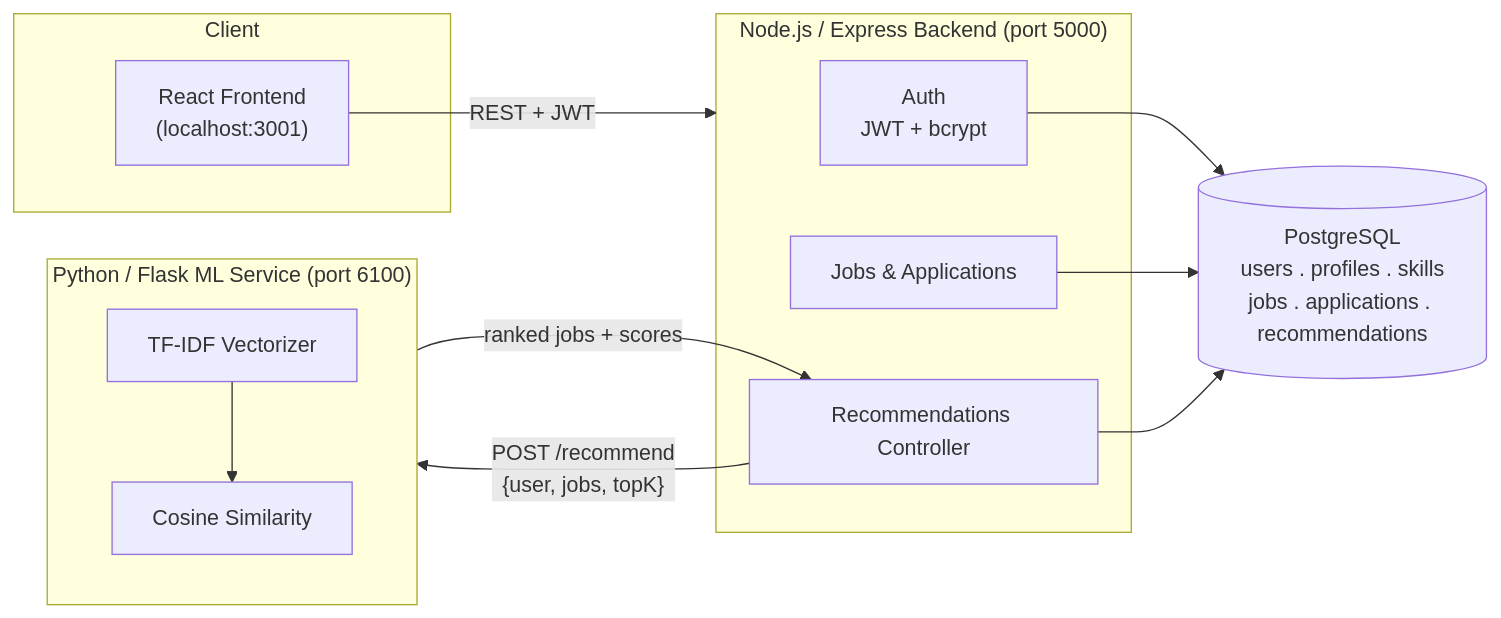
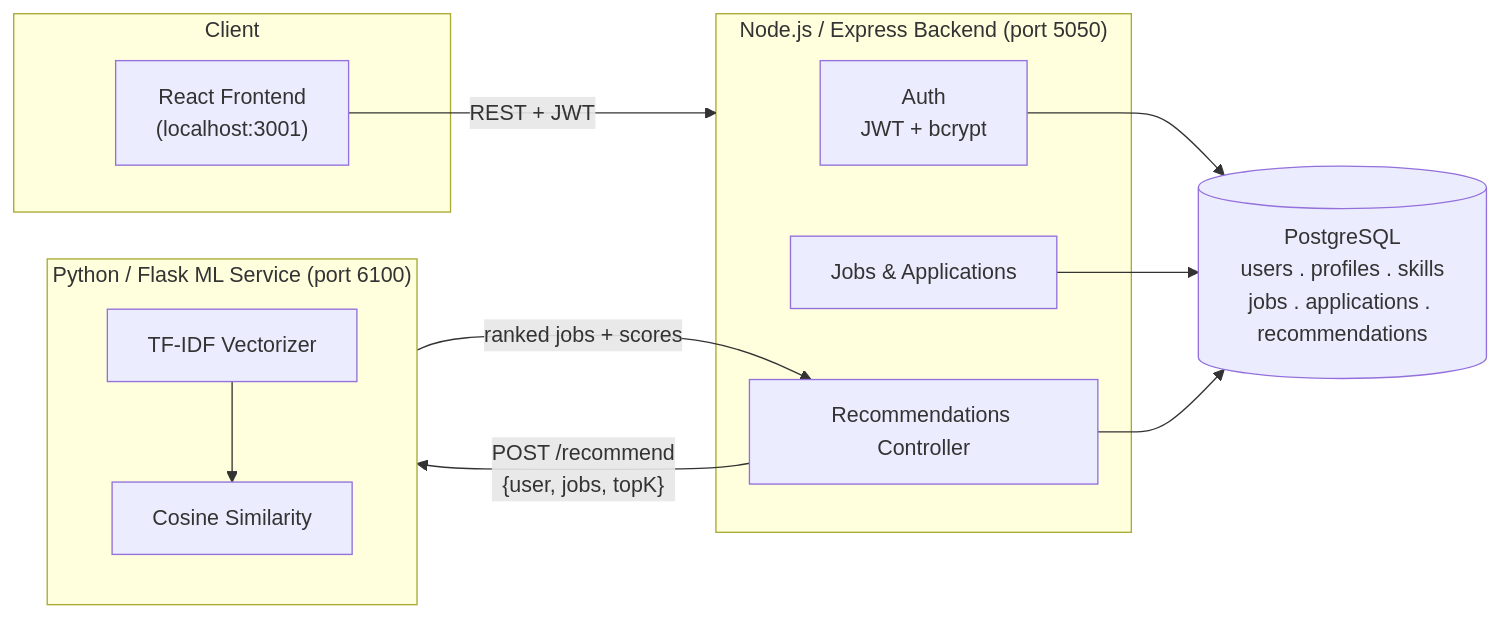
Before and after one commit to Kumar9113/Job_Recommendation-Platform: the diagram in README.md, drawn with Mermaid. The commit also changed other lines of this file, not shown here.

````diff
--- a/README.md
+++ b/README.md
@@ -53,31 +59,31 @@
 ```mermaid
 flowchart LR
 
     subgraph Client
         FE["React Frontend\n(localhost:3001)"]
     end
 
-    subgraph API["Node.js / Express Backend (port 5000)"]
+    subgraph API["Node.js / Express Backend (port 5050)"]
         AUTH["Auth\nJWT + bcrypt"]
         JOBS["Jobs & Applications"]
         REC["Recommendations Controller"]
     end
 
     subgraph ML["Python / Flask ML Service (port 6100)"]
         TFIDF["TF-IDF Vectorizer"]
         COS["Cosine Similarity"]
     end
 
     DB[("PostgreSQL\nusers . profiles . skills\njobs . applications . recommendations")]
 
     FE -- "REST + JWT" --> API
 
     AUTH --> DB
     JOBS --> DB
     REC --> DB
 
     REC -- "POST /recommend\n{user, jobs, topK}" --> ML
     ML -- "ranked jobs + scores" --> REC
 
     TFIDF --> COS
 ```
````
